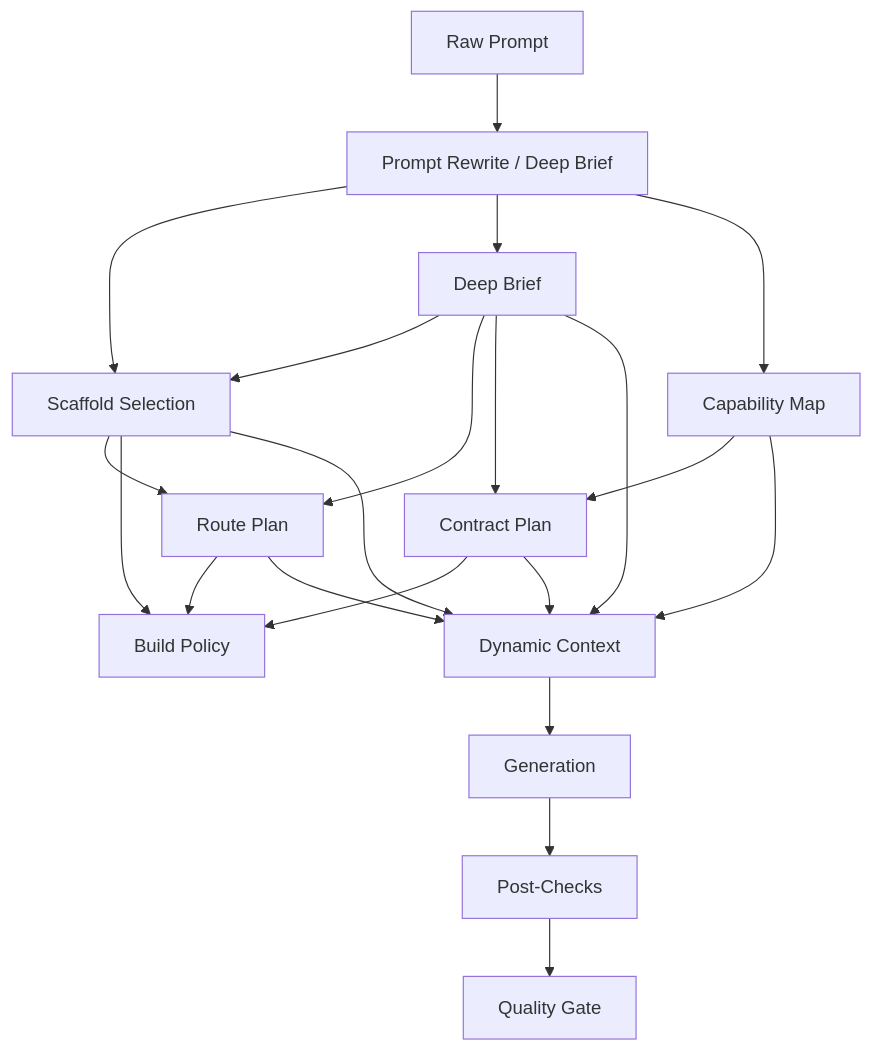
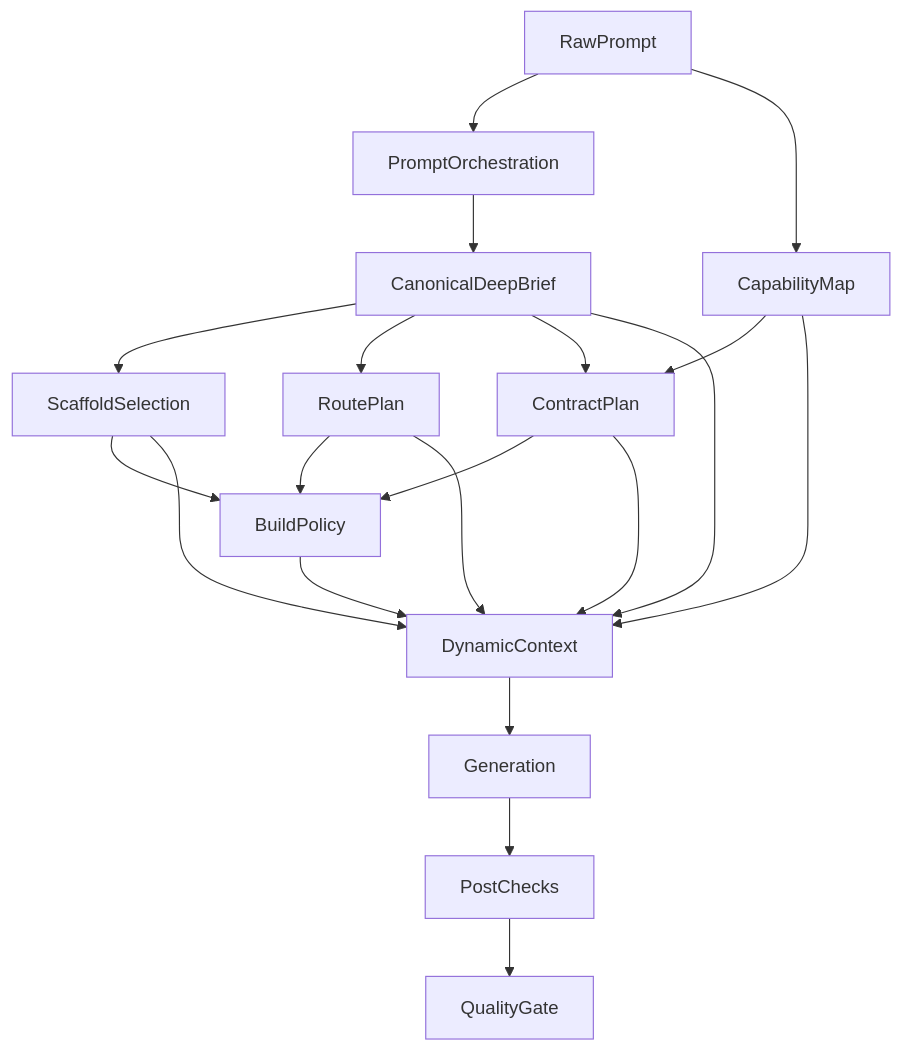
One commit to Jakeminator123/sajtmaskin changed the diagram in docs/architecture/llm-signal-flow.md. Above: the diagram before and after it, drawn with Mermaid. The commit also changed other lines of this file and 11 other files, not shown here.

First line of the commit message:
fix: consolidate phase 1 -- Deep Brief canonical, no brief duplication or follow-up leakage

````diff
--- a/docs/architecture/llm-signal-flow.md
+++ b/docs/architecture/llm-signal-flow.md
@@ -12,23 +12,22 @@
 ```mermaid
 flowchart TD
-  userPrompt["Raw Prompt"] --> promptRewrite["Prompt Rewrite / Deep Brief"]
-  promptRewrite --> scaffoldMatch["Scaffold Selection"]
-  promptRewrite --> brief["Deep Brief"]
-  brief --> scaffoldMatch
-  scaffoldMatch --> routePlan["Route Plan"]
-  brief --> routePlan
-  promptRewrite --> capability["Capability Map"]
-  capability --> contracts["Contract Plan"]
-  brief --> contracts
-  scaffoldMatch --> buildSpec["Build Policy"]
+  rawPrompt[RawPrompt] --> promptOrchestration[PromptOrchestration]
+  promptOrchestration --> canonicalBrief[CanonicalDeepBrief]
+  canonicalBrief --> scaffoldMatch[ScaffoldSelection]
+  canonicalBrief --> routePlan[RoutePlan]
+  canonicalBrief --> contractPlan[ContractPlan]
+  rawPrompt --> capabilityMap[CapabilityMap]
+  capabilityMap --> contractPlan
+  capabilityMap --> dynamicContext[DynamicContext]
+  scaffoldMatch --> buildSpec[BuildPolicy]
   routePlan --> buildSpec
-  contracts --> buildSpec
-  brief --> dynamicContext["Dynamic Context"]
+  contractPlan --> buildSpec
+  canonicalBrief --> dynamicContext
   scaffoldMatch --> dynamicContext
   routePlan --> dynamicContext
-  contracts --> dynamicContext
-  capability --> dynamicContext
-  dynamicContext --> generator["Generation"]
-  generator --> postChecks["Post-Checks"]
-  postChecks --> qualityGate["Quality Gate"]
+  contractPlan --> dynamicContext
+  buildSpec --> dynamicContext
+  dynamicContext --> generator[Generation]
+  generator --> postChecks[PostChecks]
+  postChecks --> qualityGate[QualityGate]
 ```
````
